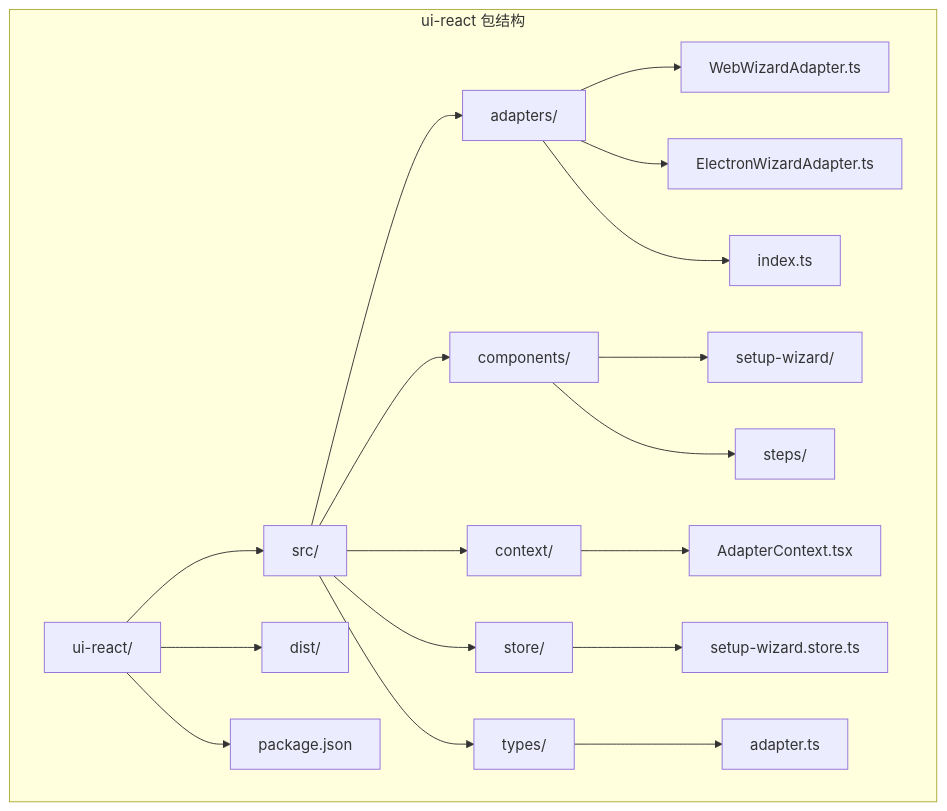
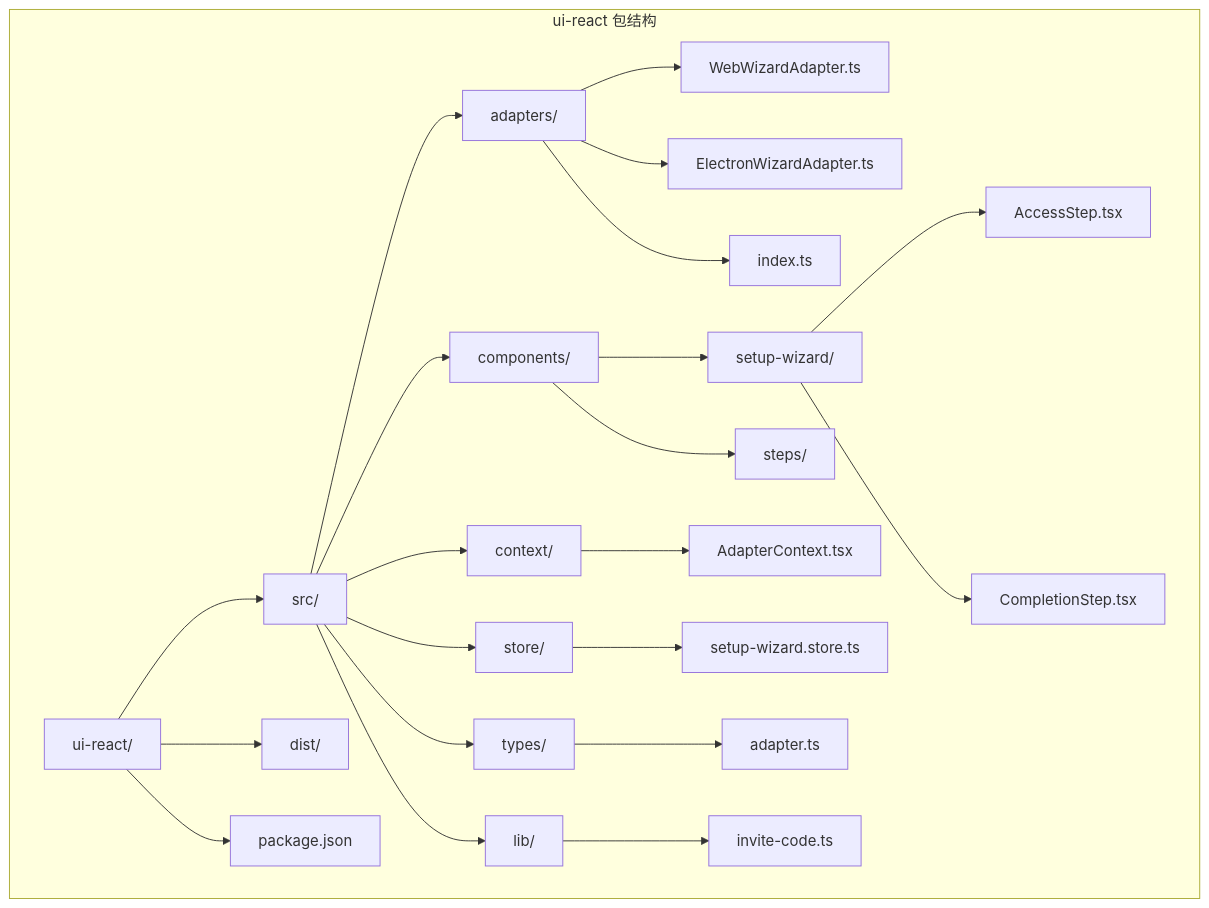
Before and after one commit to verse-ai-org/openclaw: the first of 9 diagrams in .qoder/repowiki/zh/content/设置向导适配器.md, drawn with Mermaid. The commit also changed other lines of this file and 24 other files, not shown here.

````diff
--- a/.qoder/repowiki/zh/content/设置向导适配器.md
+++ b/.qoder/repowiki/zh/content/设置向导适配器.md
@@ -49,21 +56,25 @@
 ```mermaid
 graph TB
 subgraph "ui-react 包结构"
 A[ui-react/] --> B[src/]
 A --> C[dist/]
 A --> D[package.json]
 B --> E[adapters/]
 B --> F[components/]
 B --> G[context/]
 B --> H[store/]
 B --> I[types/]
-E --> J[WebWizardAdapter.ts]
-E --> K[ElectronWizardAdapter.ts]
-E --> L[index.ts]
-F --> M[setup-wizard/]
-F --> N[steps/]
-G --> O[AdapterContext.tsx]
-H --> P[setup-wizard.store.ts]
-I --> Q[adapter.ts]
+B --> J[lib/]
+E --> K[WebWizardAdapter.ts]
+E --> L[ElectronWizardAdapter.ts]
+E --> M[index.ts]
+F --> N[setup-wizard/]
+F --> O[steps/]
+G --> P[AdapterContext.tsx]
+H --> Q[setup-wizard.store.ts]
+I --> R[adapter.ts]
+J --> S[invite-code.ts]
+N --> T[AccessStep.tsx]
+N --> U[CompletionStep.tsx]
 end
 ```
````
